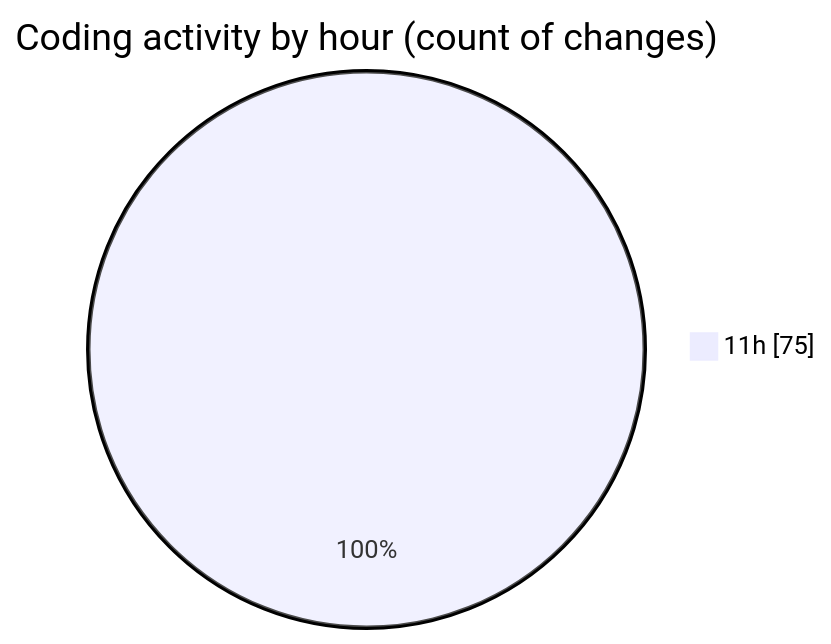
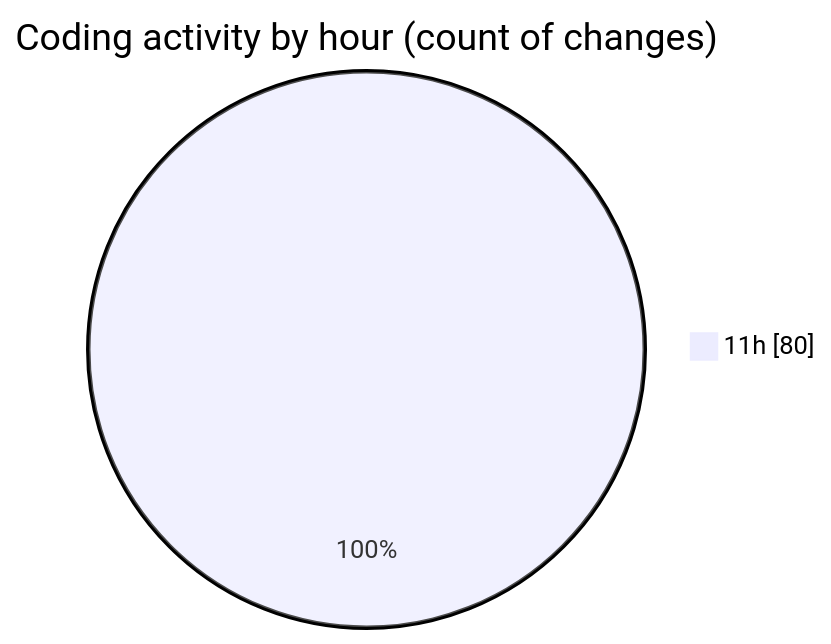
Before and after one commit to nxtqubesakshisongat/code-tracking: the second of 2 diagrams in 2025-04-19/nxtqube_webapp/README.md, drawn with Mermaid. The commit also changed other lines of this file and 1 other file, not shown here.

````diff
--- a/2025-04-19/nxtqube_webapp/README.md
+++ b/2025-04-19/nxtqube_webapp/README.md
@@ -33,5 +33,5 @@
 ```mermaid
 pie showData
 title Coding activity by hour (count of changes)
-"11h" : 75
+"11h" : 80
 ```
````
